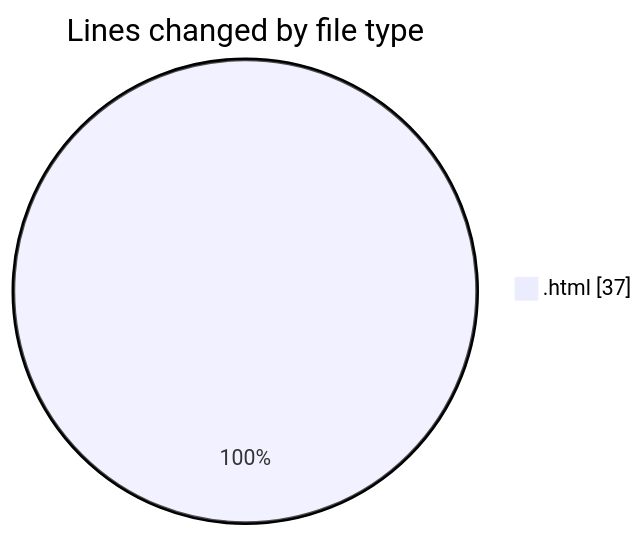
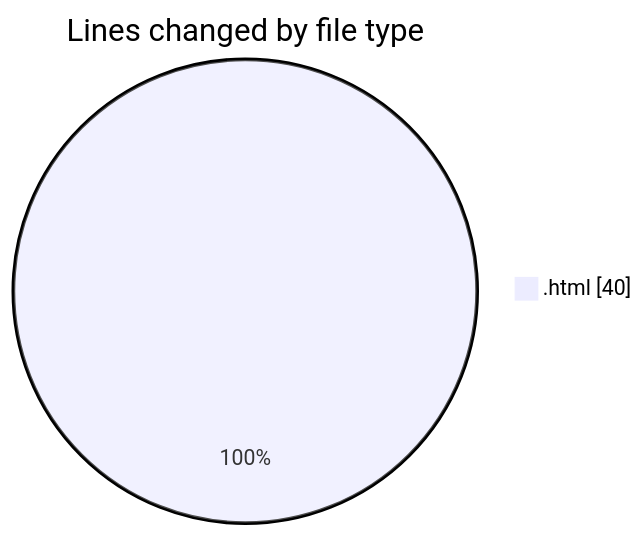
Before and after one commit to LanceThiago/code-tracking: the first of 2 diagrams in 2025-01-09/nueva_carpeta/README.md, drawn with Mermaid. The commit also changed other lines of this file and 1 other file, not shown here.

````diff
--- a/2025-01-09/nueva_carpeta/README.md
+++ b/2025-01-09/nueva_carpeta/README.md
@@ -20,5 +20,5 @@
 ```mermaid
 pie showData
 title Lines changed by file type
-".html" : 37
+".html" : 40
 ```
````
